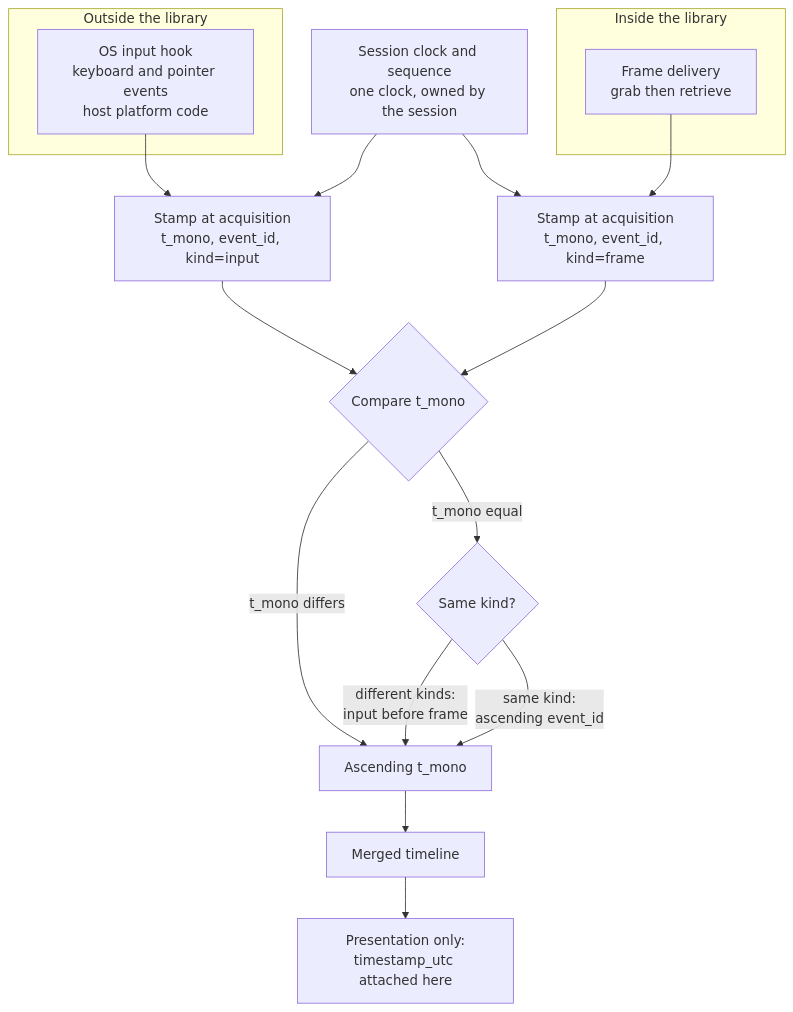
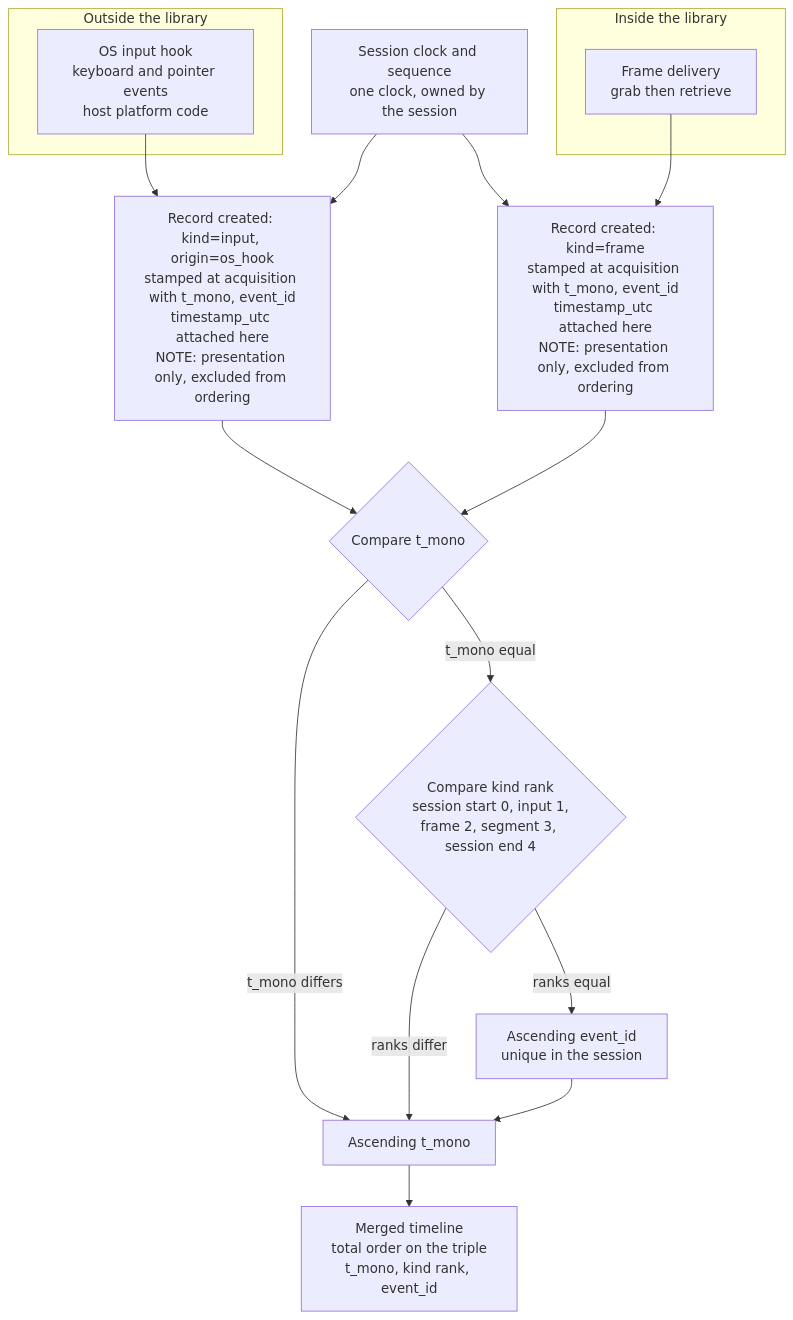
One commit to blitzy-public-samples/opencv changed the second of 2 diagrams in docs/screen-capture-ui/functional-spec.md. Above: the diagram before and after it, drawn with Mermaid. The commit also changed other lines of this file and 4 other files, not shown here.

````diff
--- a/docs/screen-capture-ui/functional-spec.md
+++ b/docs/screen-capture-ui/functional-spec.md
@@ -472,22 +725,22 @@
 ```mermaid
 flowchart TB
   subgraph OUTSIDE["Outside the library"]
     HOOK["OS input hook<br/>keyboard and pointer events<br/>host platform code"]
   end
   subgraph INSIDE["Inside the library"]
     CAP["Frame delivery<br/>grab then retrieve"]
   end
   CLK["Session clock and sequence<br/>one clock, owned by the session"]
-  HOOK --> SI["Stamp at acquisition<br/>t_mono, event_id, kind=input"]
-  CAP --> SF["Stamp at acquisition<br/>t_mono, event_id, kind=frame"]
+  HOOK --> SI["Record created: kind=input, origin=os_hook<br/>stamped at acquisition with t_mono, event_id<br/>timestamp_utc attached here<br/>NOTE: presentation only, excluded from ordering"]
+  CAP --> SF["Record created: kind=frame<br/>stamped at acquisition with t_mono, event_id<br/>timestamp_utc attached here<br/>NOTE: presentation only, excluded from ordering"]
   CLK --> SI
   CLK --> SF
   SI --> CMP{"Compare t_mono"}
   SF --> CMP
   CMP -->|"t_mono differs"| ORD["Ascending t_mono"]
-  CMP -->|"t_mono equal"| TIE{"Same kind?"}
-  TIE -->|"different kinds:<br/>input before frame"| ORD
-  TIE -->|"same kind:<br/>ascending event_id"| ORD
-  ORD --> TL["Merged timeline"]
-  TL --> PRES["Presentation only:<br/>timestamp_utc attached here"]
+  CMP -->|"t_mono equal"| RANK{"Compare kind rank<br/>session start 0, input 1,<br/>frame 2, segment 3, session end 4"}
+  RANK -->|"ranks differ"| ORD
+  RANK -->|"ranks equal"| SEQ["Ascending event_id<br/>unique in the session"]
+  SEQ --> ORD
+  ORD --> TL["Merged timeline<br/>total order on the triple<br/>t_mono, kind rank, event_id"]
 ```
````
